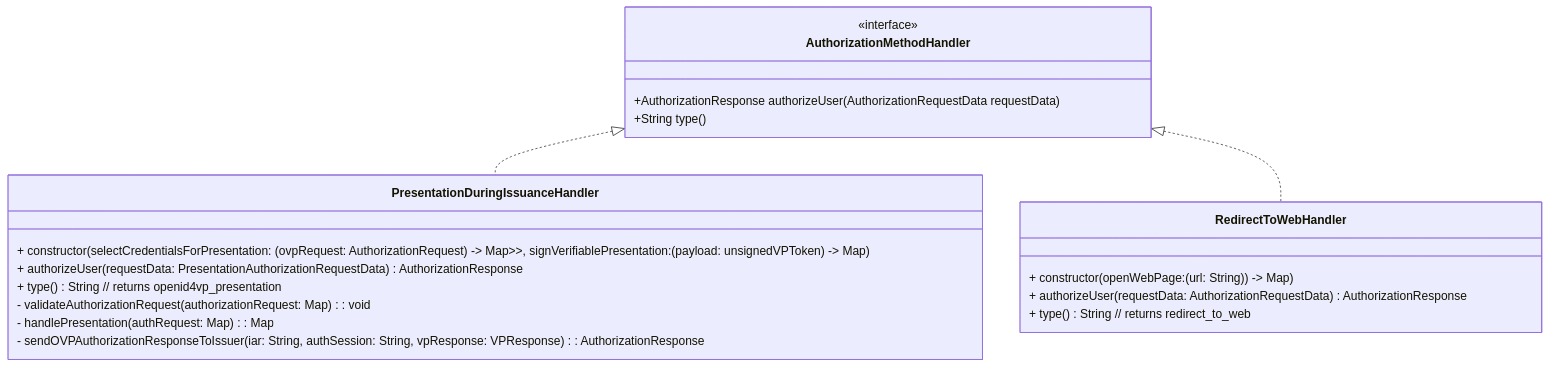
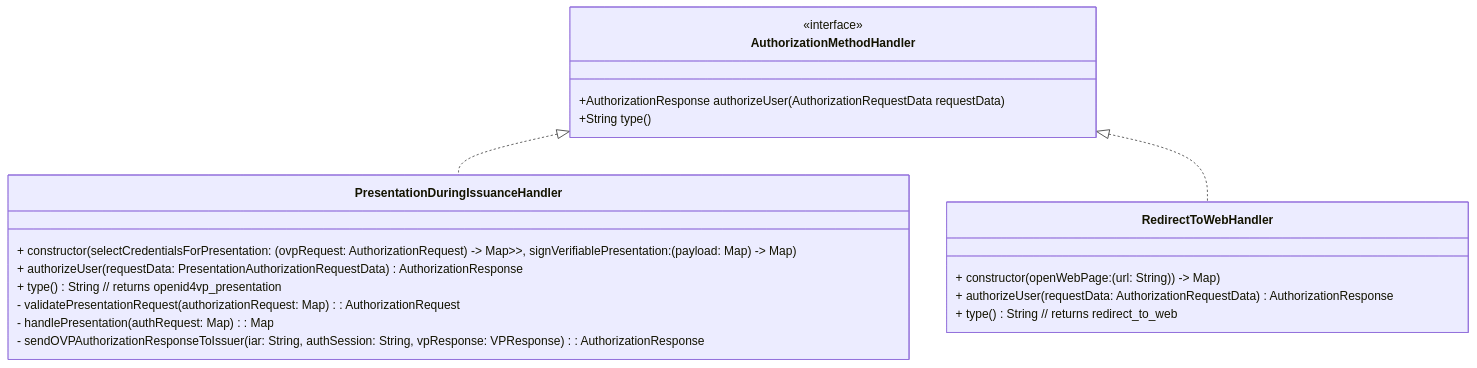
The fifth of 8 diagrams in docs/presentation-during-issuance.md (tw-mosip/inji-wallet), drawn with Mermaid before and after one commit. The commit also changed other lines of this file, not shown here.

Commit message:
update: class diagram

````diff
--- a/docs/presentation-during-issuance.md
+++ b/docs/presentation-during-issuance.md
@@ -238,26 +238,26 @@
 ```mermaid
 classDiagram
     class AuthorizationMethodHandler {
         <<interface>>
         +AuthorizationResponse authorizeUser(AuthorizationRequestData requestData)
         +String type()
     }
 
     AuthorizationMethodHandler <|.. PresentationDuringIssuanceHandler
     AuthorizationMethodHandler <|.. RedirectToWebHandler
 
   class PresentationDuringIssuanceHandler {
-    + constructor(selectCredentialsForPresentation: (ovpRequest: AuthorizationRequest) -> Map<String, Map<FormatType, List<Any>>>, signVerifiablePresentation: (payload: unsignedVPToken) -> Map<FormatType, VPTokenSigningResult>)
+    + constructor(selectCredentialsForPresentation: (ovpRequest: AuthorizationRequest) -> Map\<String, Map\<FormatType, List\<Any>>>, signVerifiablePresentation: (payload: Map<FormatType, UnsignedVPToken>) -> Map<FormatType, VPTokenSigningResult>)
     + authorizeUser(requestData: PresentationAuthorizationRequestData) AuthorizationResponse
     + type() String // returns openid4vp_presentation
-    - validateAuthorizationRequest(authorizationRequest: Map<String,Any>) : void
+    - validatePresentationRequest(authorizationRequest: Map<String,Any>) : AuthorizationRequest
     - handlePresentation(authRequest: Map<String,Any>) : Map<String, Any>
     - sendOVPAuthorizationResponseToIssuer(iar: String, authSession: String, vpResponse: VPResponse) : AuthorizationResponse
   }
 
   class RedirectToWebHandler {
     + constructor(openWebPage: (url: String)) -> Map<String,Any>)
     + authorizeUser(requestData: AuthorizationRequestData) AuthorizationResponse
     + type() String // returns redirect_to_web
   }
 ```
````
